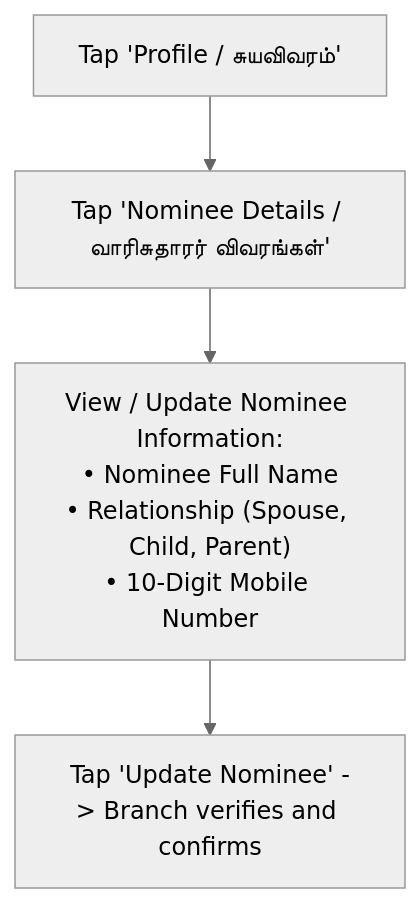
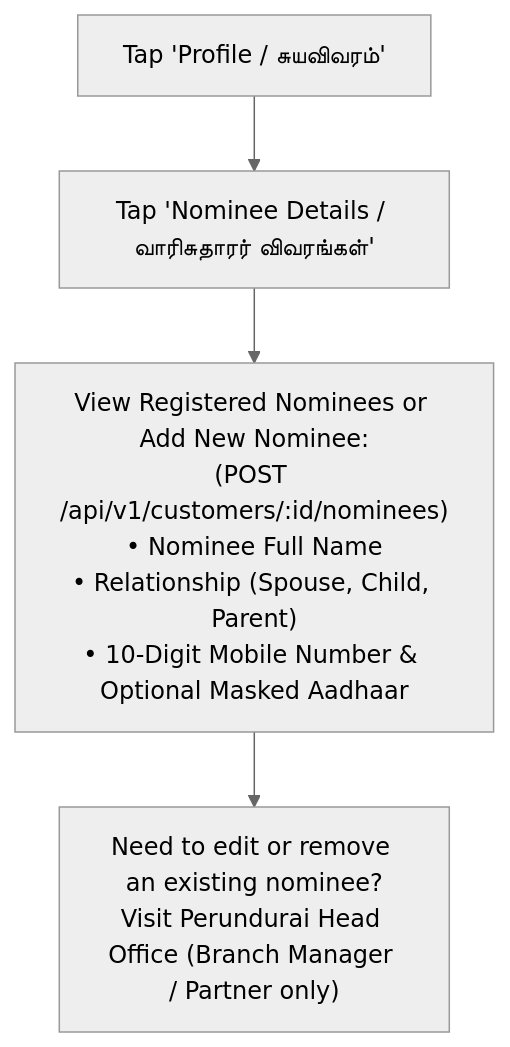
The eighth of 10 diagrams in docs/07-operations/user-manuals/customer-app-guide.md (Kathir-24/Kumaran-finance), drawn with Mermaid (neutral theme) before and after one commit. The commit also changed other lines of this file and 4 other files, not shown here.

````diff
--- a/docs/07-operations/user-manuals/customer-app-guide.md
+++ b/docs/07-operations/user-manuals/customer-app-guide.md
@@ -187,6 +190,6 @@
 ```mermaid
 flowchart TD
     Profile["Tap 'Profile / சுயவிவரம்'"] --> Nominee["Tap 'Nominee Details / வாரிசுதாரர் விவரங்கள்'"]
-    Nominee --> Edit["View / Update Nominee Information:\n• Nominee Full Name\n• Relationship (Spouse, Child, Parent)\n• 10-Digit Mobile Number"]
-    Edit --> Save["Tap 'Update Nominee' -> Branch verifies and confirms"]
+    Nominee --> ViewOrAdd["View Registered Nominees or Add New Nominee:\n(POST /api/v1/customers/:id/nominees)\n• Nominee Full Name\n• Relationship (Spouse, Child, Parent)\n• 10-Digit Mobile Number & Optional Masked Aadhaar"]
+    ViewOrAdd --> StaffEdit["Need to edit or remove an existing nominee?\nVisit Perundurai Head Office (Branch Manager / Partner only)"]
 ```
````
